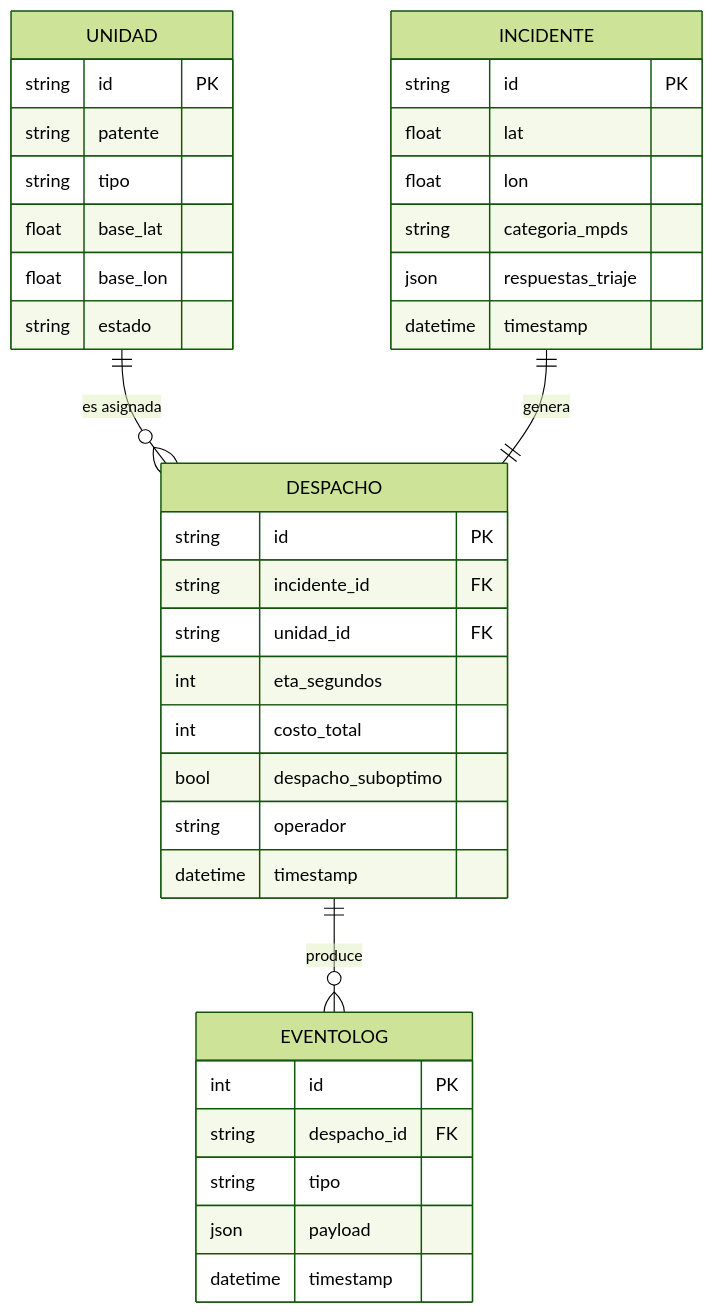
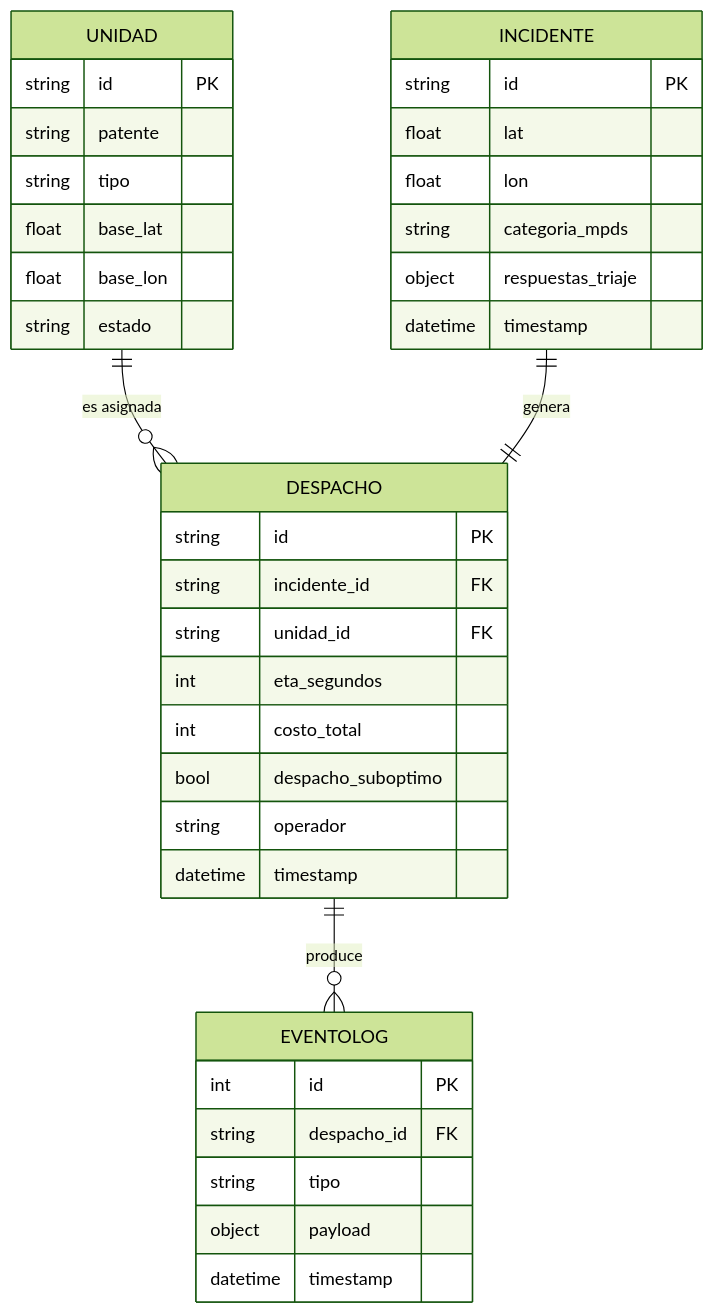
The diagram in docs/data-model.md (Jacket-69/sentinel-dispatch), drawn with Mermaid (forest theme) before and after one commit. The commit also changed other lines of this file and 5 other files, not shown here.

````diff
--- a/docs/data-model.md
+++ b/docs/data-model.md
@@ -14,39 +38,39 @@
 ```mermaid
 erDiagram
     UNIDAD ||--o{ DESPACHO : "es asignada"
     INCIDENTE ||--|| DESPACHO : "genera"
     DESPACHO ||--o{ EVENTOLOG : "produce"
     UNIDAD {
         string id PK
         string patente
         string tipo
         float base_lat
         float base_lon
         string estado
     }
     INCIDENTE {
         string id PK
         float lat
         float lon
         string categoria_mpds
-        json respuestas_triaje
+        object respuestas_triaje
         datetime timestamp
     }
     DESPACHO {
         string id PK
         string incidente_id FK
         string unidad_id FK
         int eta_segundos
         int costo_total
         bool despacho_suboptimo
         string operador
         datetime timestamp
     }
     EVENTOLOG {
         int id PK
         string despacho_id FK
         string tipo
-        json payload
+        object payload
         datetime timestamp
     }
 ```
````
